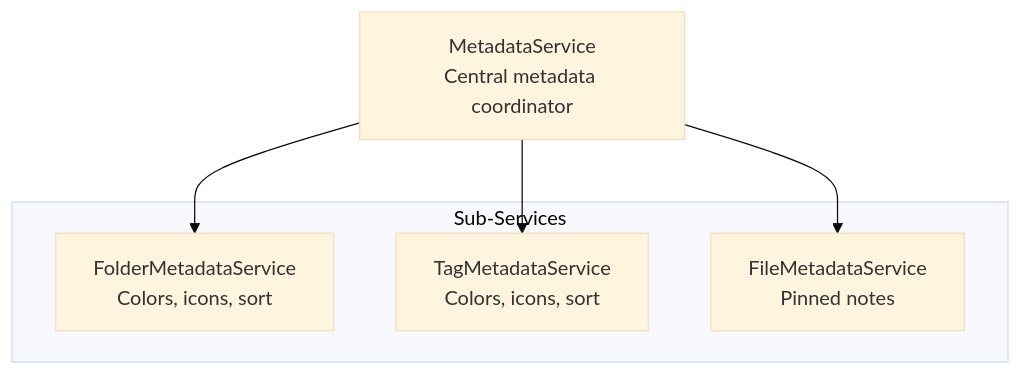
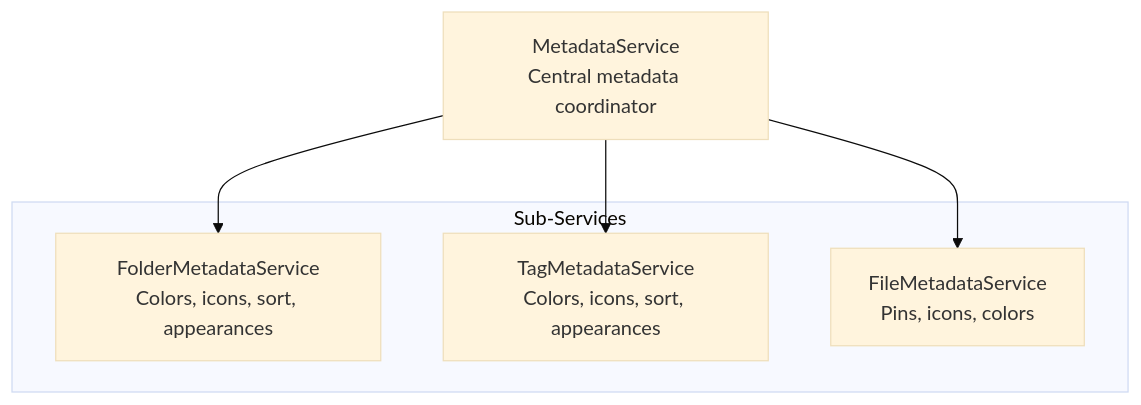
Before and after one commit to psxvoid/notebook-navigator: the third of 4 diagrams in docs/service-architecture.md, drawn with Mermaid (base theme). The commit also changed other lines of this file and 3 other files, not shown here.

````diff
--- a/docs/service-architecture.md
+++ b/docs/service-architecture.md
@@ -63,14 +83,14 @@
 ```mermaid
 graph TB
     MetadataService["MetadataService<br/>Central metadata coordinator"]
 
     subgraph "Sub-Services"
-        FolderMeta["FolderMetadataService<br/>Colors, icons, sort"]
-        TagMeta["TagMetadataService<br/>Colors, icons, sort"]
-        FileMeta["FileMetadataService<br/>Pinned notes"]
+        FolderMeta["FolderMetadataService<br/>Colors, icons, sort, appearances"]
+        TagMeta["TagMetadataService<br/>Colors, icons, sort, appearances"]
+        FileMeta["FileMetadataService<br/>Pins, icons, colors"]
     end
 
     MetadataService --> FolderMeta
     MetadataService --> TagMeta
     MetadataService --> FileMeta
 ```
````
